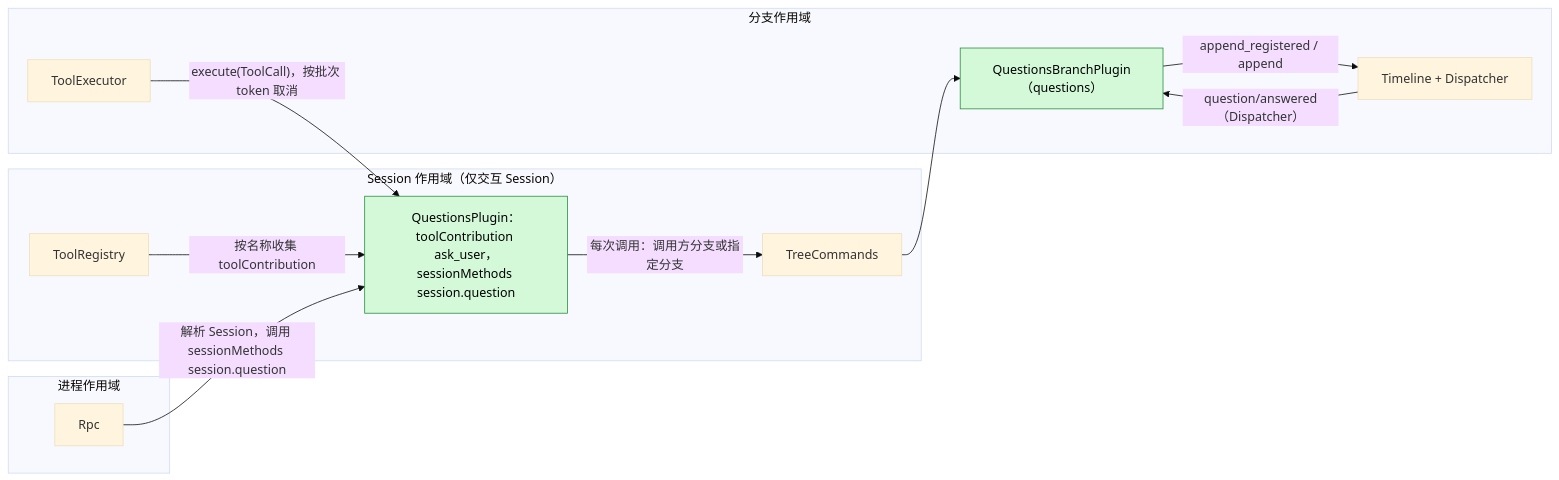
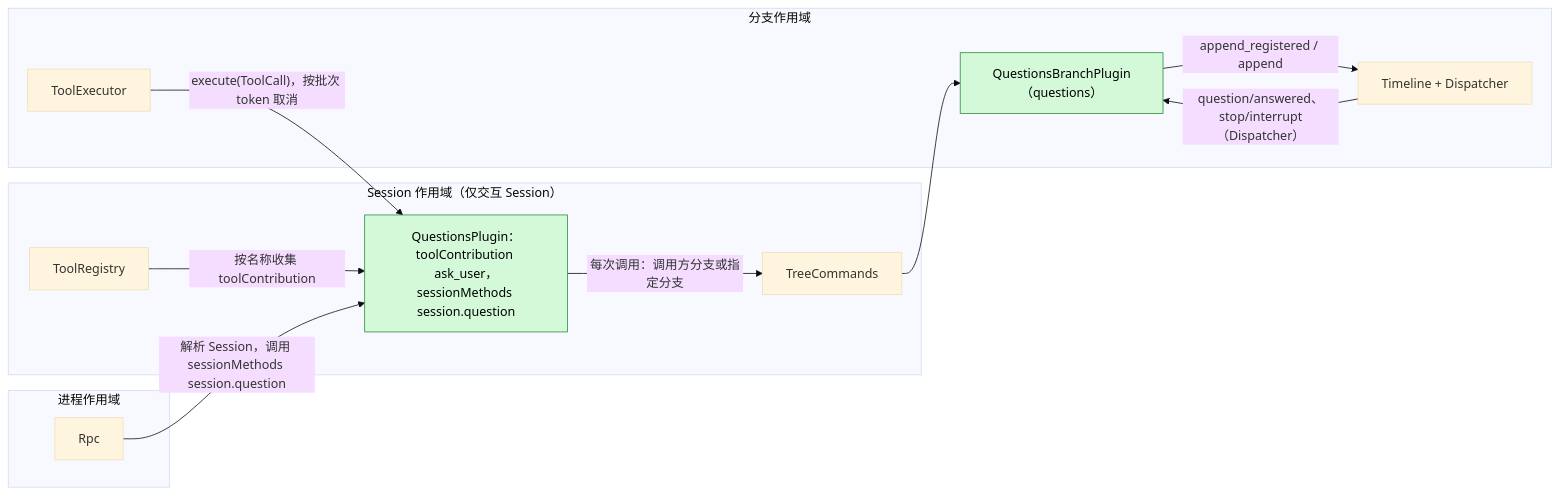
One commit to CoutinhoTTS/dim-agent changed the first of 6 diagrams in docs/zh/design/plugins/Questions.md. Above: the diagram before and after it, drawn with Mermaid (base theme). The commit also changed other lines of this file and 42 other files, not shown here.

````diff
--- a/docs/zh/design/plugins/Questions.md
+++ b/docs/zh/design/plugins/Questions.md
@@ -9,24 +9,24 @@
 ```mermaid
 flowchart LR
   subgraph S["Session 作用域（仅交互 Session）"]
     QS["QuestionsPlugin：toolContribution ask_user，sessionMethods session.question"]:::new
     TR["ToolRegistry"]
     TC["TreeCommands"]
   end
   subgraph P["进程作用域"]
     RPC["Rpc"]
   end
   subgraph B["分支作用域"]
     QB["QuestionsBranchPlugin（questions）"]:::new
     TE["ToolExecutor"]
     TL["Timeline + Dispatcher"]
   end
   TR -- "按名称收集 toolContribution" --> QS
   RPC -- "解析 Session，调用 sessionMethods session.question" --> QS
   QS -- "每次调用：调用方分支或指定分支" --> TC
   TC --> QB
   TE -- "execute(ToolCall)，按批次 token 取消" --> QS
   QB -- "append_registered / append" --> TL
-  TL -- "question/answered（Dispatcher）" --> QB
+  TL -- "question/answered、stop/interrupt（Dispatcher）" --> QB
   classDef new fill:#d3f9d8,stroke:#2b8a3e,color:#000
 ```
````
